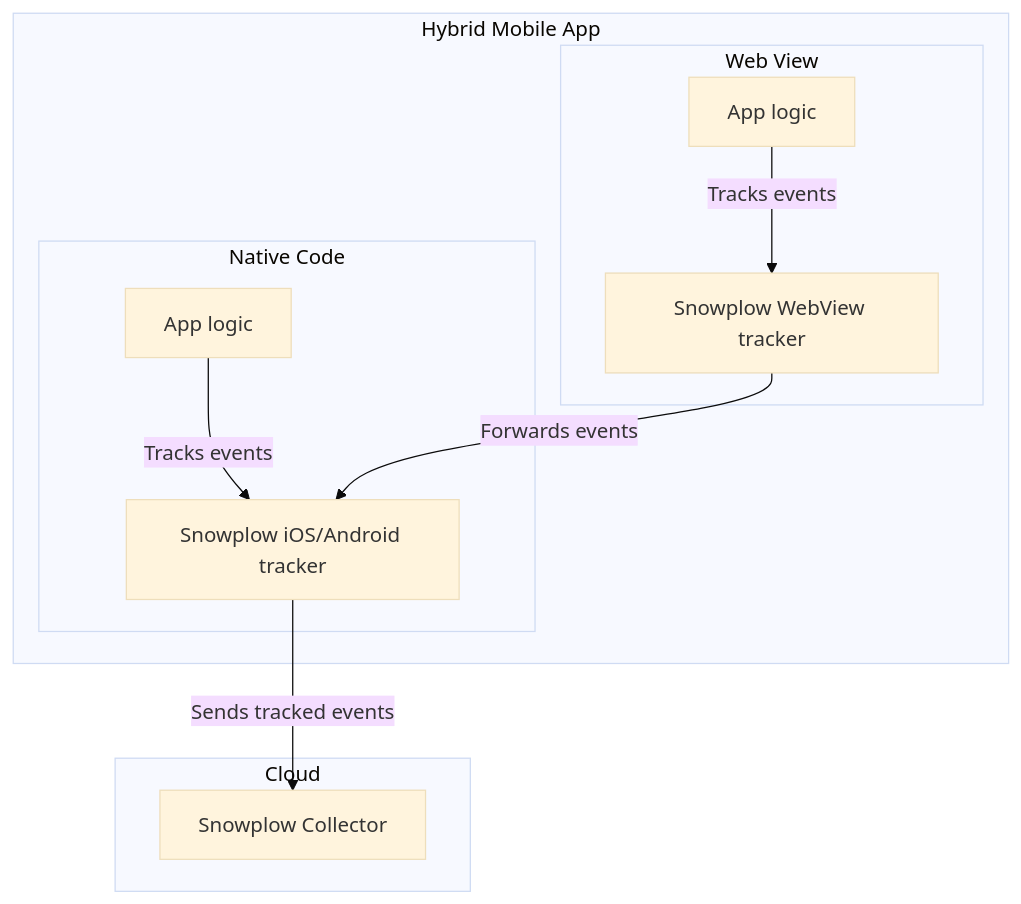
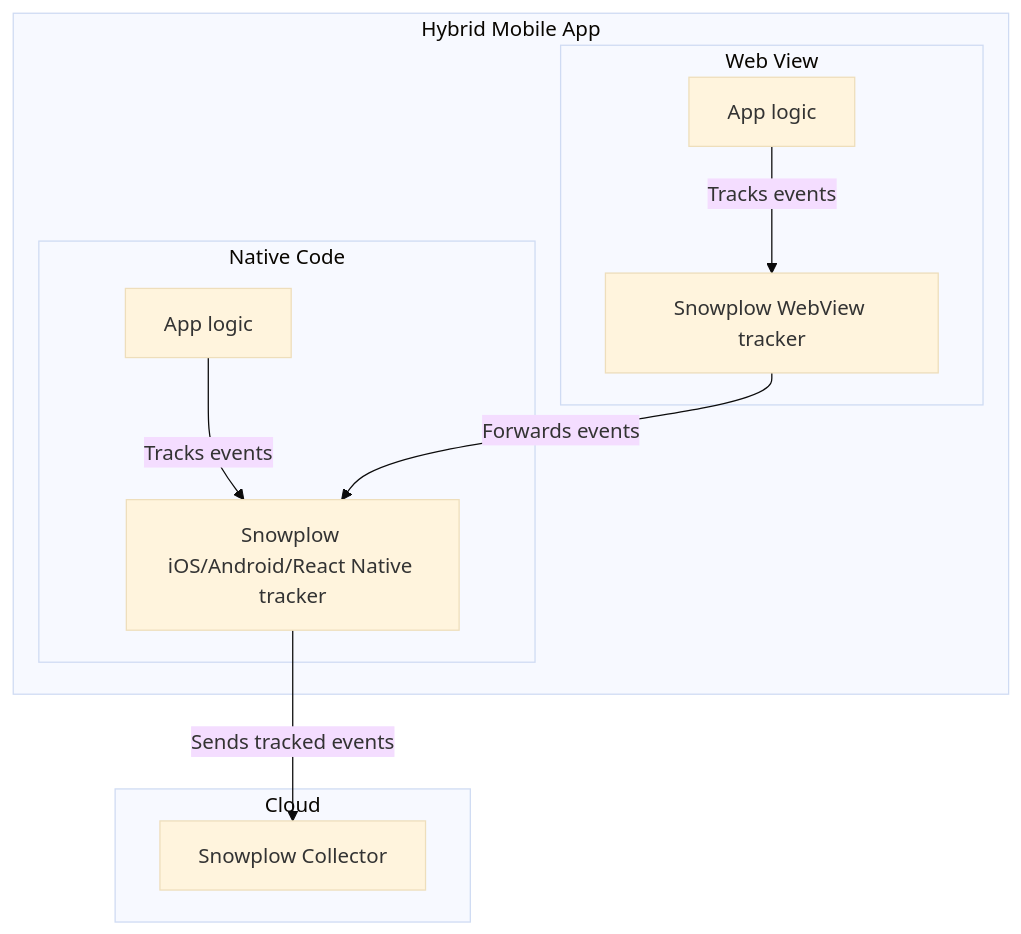
One commit to snowplow-incubator/snowplow-webview-tracker changed the diagram in README.md. Above: the diagram before and after it, drawn with Mermaid (base theme). The commit also changed other lines of this file, not shown here.

````diff
--- a/README.md
+++ b/README.md
@@ -18,28 +18,28 @@
 ```mermaid
 flowchart TB
 
 subgraph hybridApp[Hybrid Mobile App]
 
     subgraph webView[Web View]
         webViewCode[App logic]
         webViewTracker[Snowplow WebView tracker]
 
         webViewCode -- "Tracks events" --> webViewTracker
     end
 
     subgraph nativeCode[Native Code]
         nativeAppCode[App logic]
-        nativeTracker[Snowplow iOS/Android tracker]
+        nativeTracker[Snowplow iOS/Android/React Native tracker]
 
         nativeAppCode -- "Tracks events" --> nativeTracker
     end
 
     webViewTracker -- "Forwards events" --> nativeTracker
 end
 
 subgraph cloud[Cloud]
     collector[Snowplow Collector]
 end
 
 nativeTracker -- "Sends tracked events" --> collector
 ```
````
